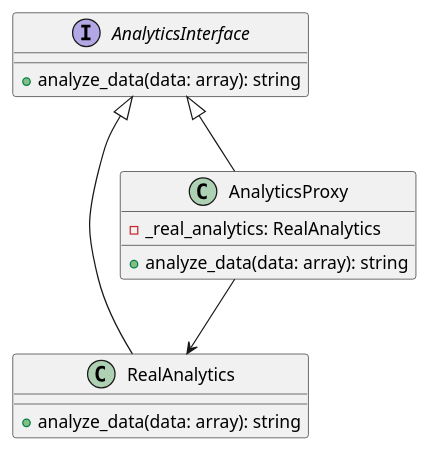
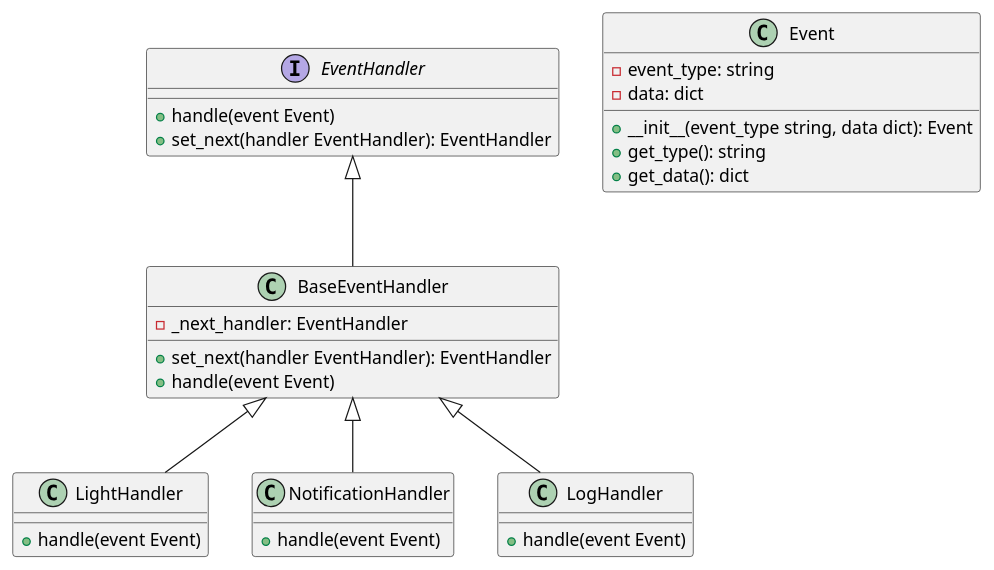
One commit to andrewovchinnikov/design-patterns changed the diagram in klassifikaciya-patternov/povedencheskie-patterny-behavioral-patterns/cepochka-obyazannostei-chain-of-responsibility/primery/obrabotka-sobytii-v-realnom-vremeni/python.md. Above: the diagram before and after it, drawn with PlantUML. The commit also changed other lines of this file and 1 other file, not shown here.

````diff
--- a/klassifikaciya-patternov/povedencheskie-patterny-behavioral-patterns/cepochka-obyazannostei-chain-of-responsibility/primery/obrabotka-sobytii-v-realnom-vremeni/python.md
+++ b/klassifikaciya-patternov/povedencheskie-patterny-behavioral-patterns/cepochka-obyazannostei-chain-of-responsibility/primery/obrabotka-sobytii-v-realnom-vremeni/python.md
@@ -81,20 +109,39 @@
 ```plantuml
 @startuml
-interface AnalyticsInterface {
-    +analyze_data(data: array): string
+interface EventHandler {
+    +handle(event Event)
+    +set_next(handler EventHandler): EventHandler
 }
 
-class RealAnalytics {
-    +analyze_data(data: array): string
+class BaseEventHandler {
+    -_next_handler: EventHandler
+    +set_next(handler EventHandler): EventHandler
+    +handle(event Event)
 }
 
-class AnalyticsProxy {
-    -_real_analytics: RealAnalytics
-    +analyze_data(data: array): string
+class LightHandler {
+    +handle(event Event)
 }
 
-AnalyticsInterface <|-- RealAnalytics
-AnalyticsInterface <|-- AnalyticsProxy
-AnalyticsProxy --> RealAnalytics
+class NotificationHandler {
+    +handle(event Event)
+}
+
+class LogHandler {
+    +handle(event Event)
+}
+
+class Event {
+    -event_type: string
+    -data: dict
+    +__init__(event_type string, data dict): Event
+    +get_type(): string
+    +get_data(): dict
+}
+
+EventHandler <|-- BaseEventHandler
+BaseEventHandler <|-- LightHandler
+BaseEventHandler <|-- NotificationHandler
+BaseEventHandler <|-- LogHandler
 @enduml
 ```
````
